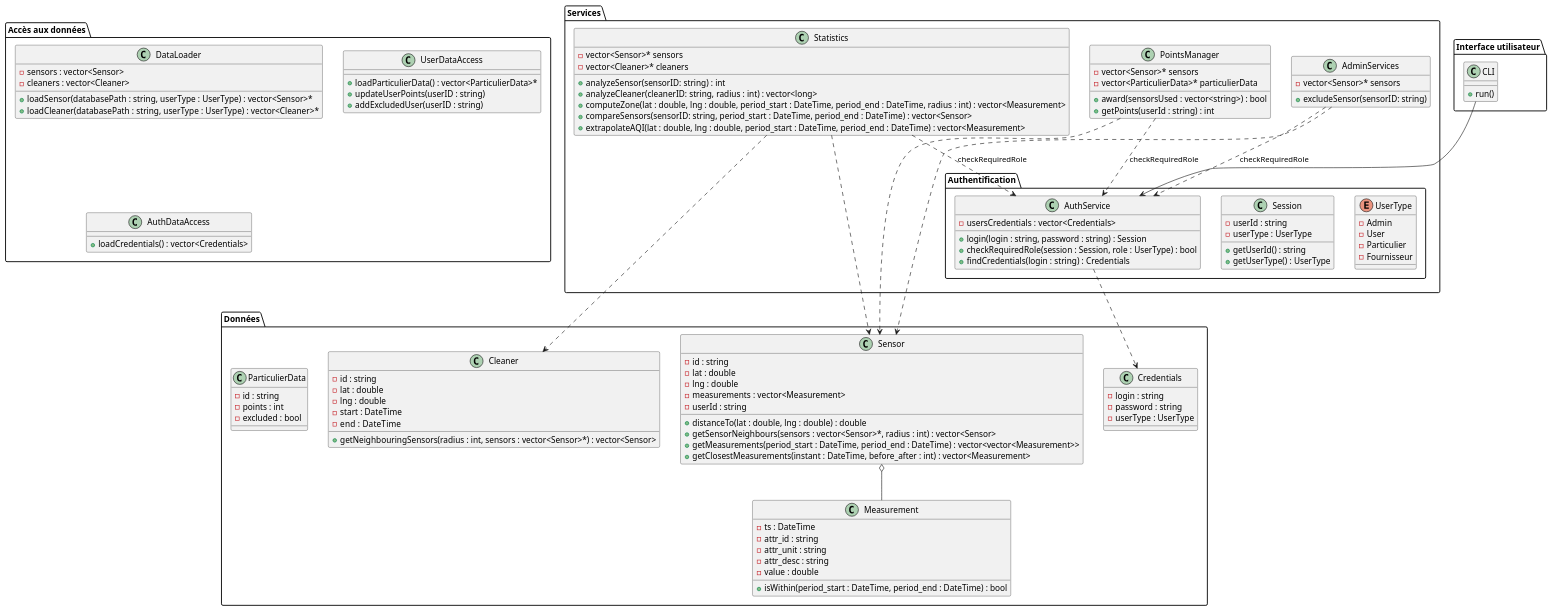
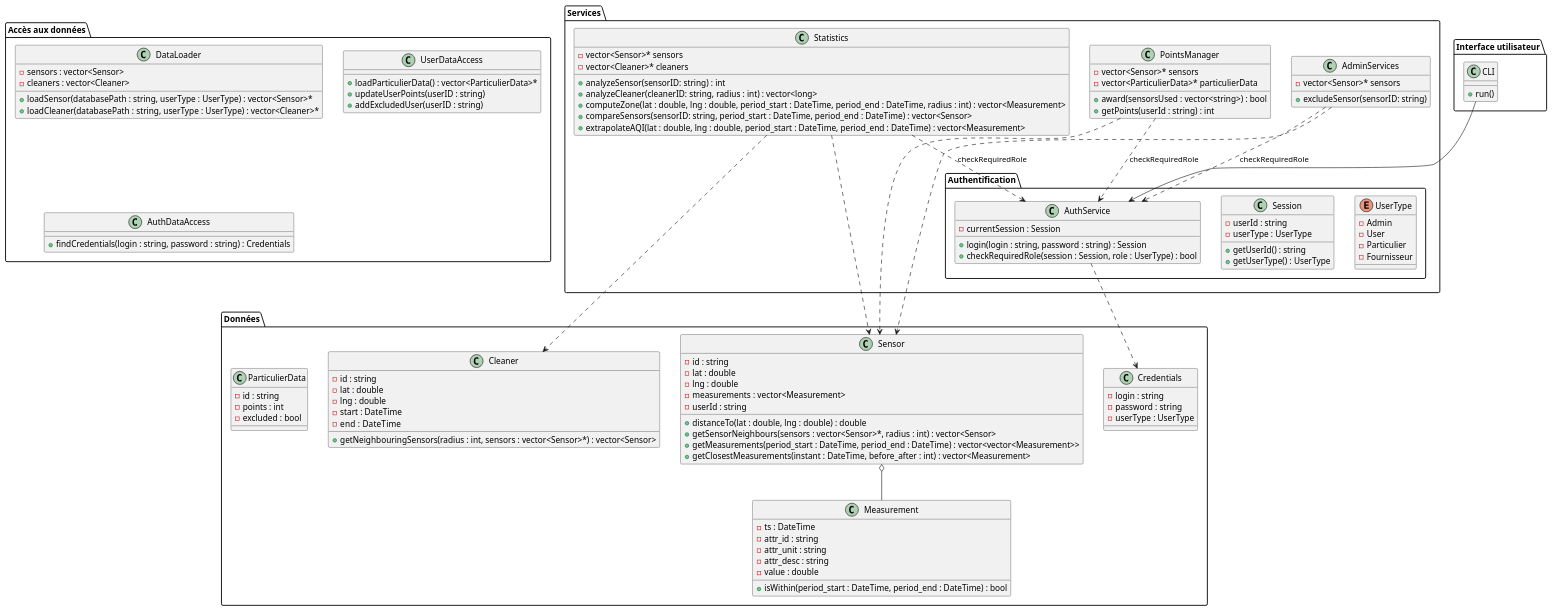
One commit to ldureuil/3IF_AirWatcher changed the diagram in MCD.puml. Above: the diagram before and after it, drawn with PlantUML. The commit also changed 9 other files, not shown here.

```diff
--- a/MCD.puml
+++ b/MCD.puml
@@ -1,138 +1,137 @@
 @startuml MCD
 
 package "Données" {
   class Sensor {
     - id : string
     - lat : double
     - lng : double
     - measurements : vector<Measurement>
     - userId : string
     + distanceTo(lat : double, lng : double) : double
     + getSensorNeighbours(sensors : vector<Sensor>*, radius : int) : vector<Sensor>
     + getMeasurements(period_start : DateTime, period_end : DateTime) : vector<vector<Measurement>>
     + getClosestMeasurements(instant : DateTime, before_after : int) : vector<Measurement>
   }
 
   class Measurement {
     - ts : DateTime
     - attr_id : string
     - attr_unit : string
     - attr_desc : string
     - value : double
     + isWithin(period_start : DateTime, period_end : DateTime) : bool
   }
 
   class Cleaner {
     - id : string
     - lat : double
     - lng : double
     - start : DateTime
     - end  : DateTime
     + getNeighbouringSensors(radius : int, sensors : vector<Sensor>*) : vector<Sensor>
   }
 
     class Credentials {
     - login : string
     - password : string
     - userType : UserType
   }
 
   class ParticulierData {
     - id : string
     - points : int
     - excluded : bool
   }
 }
 
 
 package "Services" {
   class Statistics {
     - vector<Sensor>* sensors
     - vector<Cleaner>* cleaners
     + analyzeSensor(sensorID: string) : int
     + analyzeCleaner(cleanerID: string, radius : int) : vector<long>
     + computeZone(lat : double, lng : double, period_start : DateTime, period_end : DateTime, radius : int) : vector<Measurement>
     + compareSensors(sensorID: string, period_start : DateTime, period_end : DateTime) : vector<Sensor>
     + extrapolateAQI(lat : double, lng : double, period_start : DateTime, period_end : DateTime) : vector<Measurement>
   }
 
   class PointsManager {
     - vector<Sensor>* sensors
     - vector<ParticulierData>* particulierData
     + award(sensorsUsed : vector<string>) : bool
     + getPoints(userId : string) : int
   }
 
   class AdminServices {
     - vector<Sensor>* sensors
     + excludeSensor(sensorID: string)
   }
 
   package "Authentification" {
     enum UserType {
     - Admin
     - User
     - Particulier
     - Fournisseur
   }
 
   class Session {
     - userId : string
     - userType : UserType
     + getUserId() : string
     + getUserType() : UserType
   }
 
   class AuthService {
-    - usersCredentials : vector<Credentials>
+    - currentSession : Session
     + login(login : string, password : string) : Session
     + checkRequiredRole(session : Session, role : UserType) : bool
-    + findCredentials(login : string) : Credentials
   }
   }
 }
 
 
 package "Accès aux données" {
   class DataLoader {
     - sensors : vector<Sensor>
     - cleaners : vector<Cleaner>
     + loadSensor(databasePath : string, userType : UserType) : vector<Sensor>*
     + loadCleaner(databasePath : string, userType : UserType) : vector<Cleaner>*
   }
 
   class UserDataAccess {
     + loadParticulierData() : vector<ParticulierData>*
     + updateUserPoints(userID : string)
     + addExcludedUser(userID : string)
   }
 
   class AuthDataAccess {
-    + loadCredentials() : vector<Credentials>
+    + findCredentials(login : string, password : string) : Credentials
   }
 }
 
 
 package "Interface utilisateur" {
   class CLI {
     + run()
   }
 }
 
 
 
 Sensor  o-- Measurement
 
 CLI --> AuthService
 
 Statistics     ..> AuthService : checkRequiredRole
 PointsManager  ..> AuthService : checkRequiredRole
 AdminServices  ..> AuthService : checkRequiredRole
 
 Statistics     ..> Cleaner
 Statistics     ..> Sensor
 PointsManager  ..> Sensor
 AdminServices  ..> Sensor
 
 AuthService ..> Credentials
 @enduml
```
